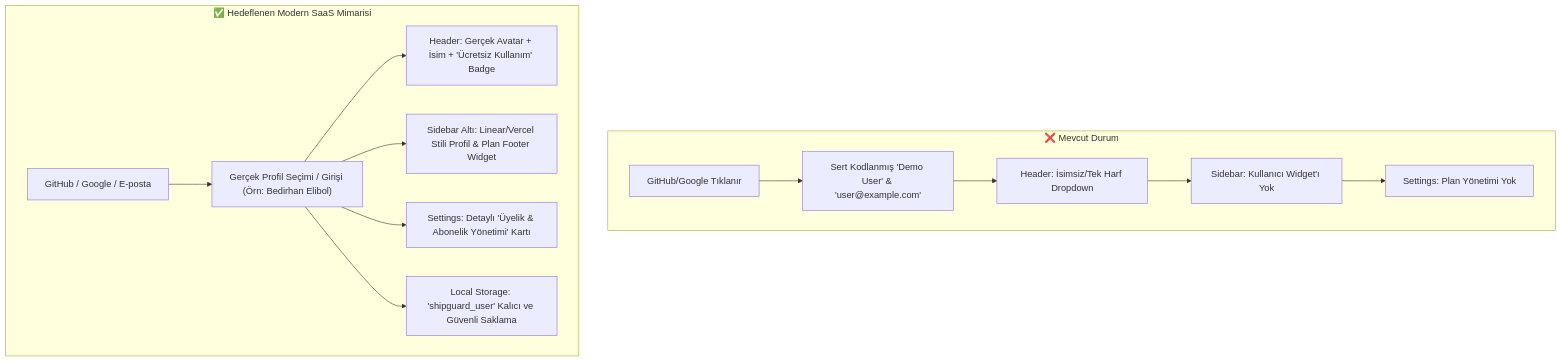
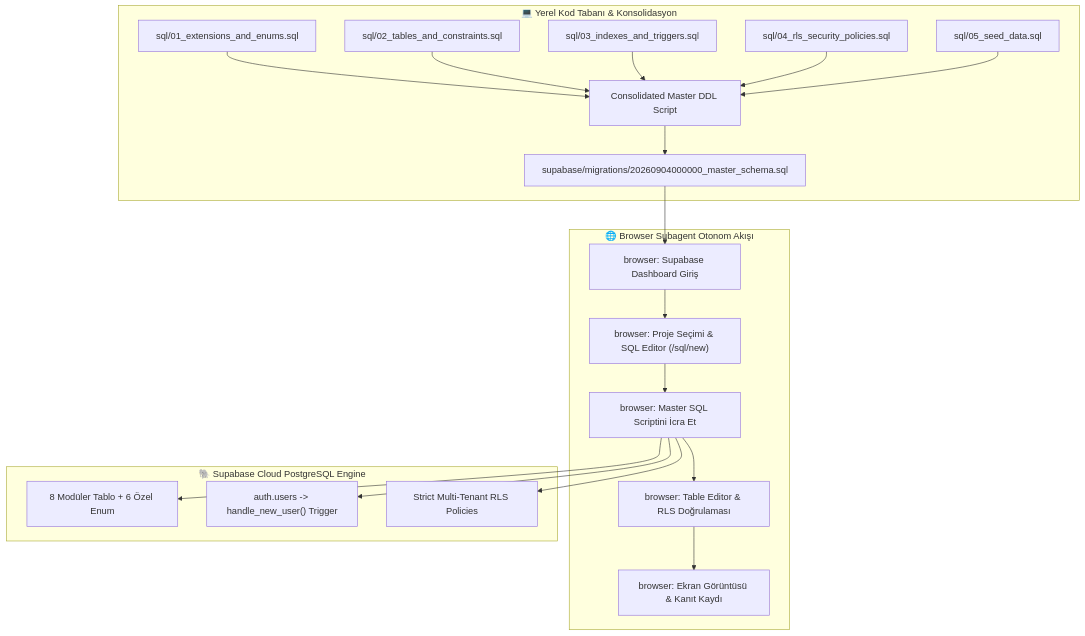
The first of 3 diagrams in docs/PLAN.md (BedirhanElibol/shipguard-saas), drawn with Mermaid before and after one commit. The commit also changed other lines of this file and 20 other files, not shown here.

````diff
--- a/docs/PLAN.md
+++ b/docs/PLAN.md
@@ -57,17 +73,25 @@
 ```mermaid
 flowchart TD
-    subgraph MevcutAkis ["❌ Mevcut Durum"]
-        A1["GitHub/Google Tıklanır"] --> B1["Sert Kodlanmış 'Demo User' & 'user@example.com'"]
-        B1 --> C1["Header: İsimsiz/Tek Harf Dropdown"]
-        C1 --> D1["Sidebar: Kullanıcı Widget'ı Yok"]
-        D1 --> E1["Settings: Plan Yönetimi Yok"]
+    subgraph LocalArch ["💻 Yerel Kod Tabanı & Konsolidasyon"]
+        S1["sql/01_extensions_and_enums.sql"] --> SC["Consolidated Master DDL Script"]
+        S2["sql/02_tables_and_constraints.sql"] --> SC
+        S3["sql/03_indexes_and_triggers.sql"] --> SC
+        S4["sql/04_rls_security_policies.sql"] --> SC
+        S5["sql/05_seed_data.sql"] --> SC
+        SC --> MIG["supabase/migrations/20260904000000_master_schema.sql"]
     end
 
-    subgraph YeniAkis ["✅ Hedeflenen Modern SaaS Mimarisi"]
-        A2["GitHub / Google / E-posta"] --> B2["Gerçek Profil Seçimi / Girişi (Örn: Bedirhan Elibol)"]
-        B2 --> C2["Header: Gerçek Avatar + İsim + 'Ücretsiz Kullanım' Badge"]
-        B2 --> D2["Sidebar Altı: Linear/Vercel Stili Profil & Plan Footer Widget"]
-        B2 --> E2["Settings: Detaylı 'Üyelik & Abonelik Yönetimi' Kartı"]
-        B2 --> F2["Local Storage: 'shipguard_user' Kalıcı ve Güvenli Saklama"]
+    subgraph BrowserFlow ["🌐 Browser Subagent Otonom Akışı"]
+        MIG --> B1["browser: Supabase Dashboard Giriş"]
+        B1 --> B2["browser: Proje Seçimi & SQL Editor (/sql/new)"]
+        B2 --> B3["browser: Master SQL Scriptini İcra Et"]
+        B3 --> B4["browser: Table Editor & RLS Doğrulaması"]
+        B4 --> B5["browser: Ekran Görüntüsü & Kanıt Kaydı"]
+    end
+
+    subgraph DatabaseEngine ["🐘 Supabase Cloud PostgreSQL Engine"]
+        B3 --> DB1["8 Modüler Tablo + 6 Özel Enum"]
+        B3 --> DB2["auth.users -> handle_new_user() Trigger"]
+        B3 --> DB3["Strict Multi-Tenant RLS Policies"]
     end
 ```
````
